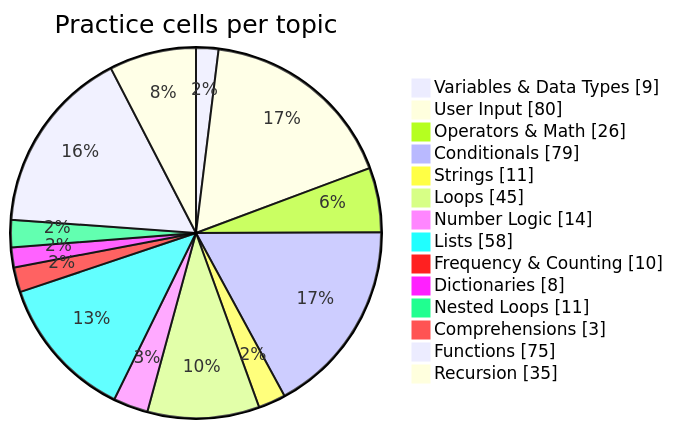
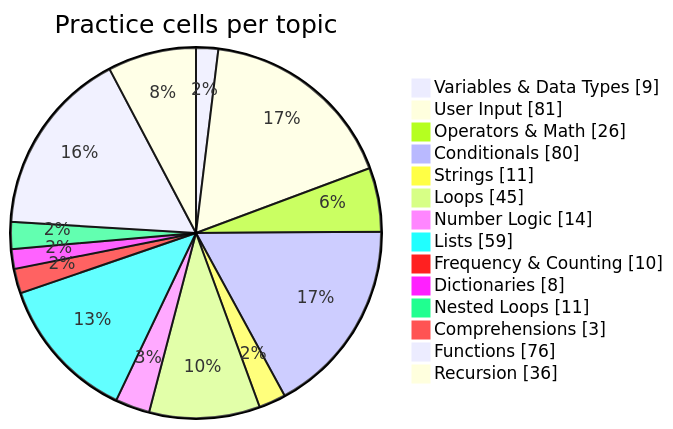
One commit to Phantom2101/Python-Daily-Practice changed the diagram in README.md. Above: the diagram before and after it, drawn with Mermaid. The commit also changed other lines of this file and 3 other files, not shown here.

````diff
--- a/README.md
+++ b/README.md
@@ -126,17 +126,17 @@
 ```mermaid
 pie showData title Practice cells per topic
     "Variables & Data Types" : 9
-    "User Input" : 80
+    "User Input" : 81
     "Operators & Math" : 26
-    "Conditionals" : 79
+    "Conditionals" : 80
     "Strings" : 11
     "Loops" : 45
     "Number Logic" : 14
-    "Lists" : 58
+    "Lists" : 59
     "Frequency & Counting" : 10
     "Dictionaries" : 8
     "Nested Loops" : 11
     "Comprehensions" : 3
-    "Functions" : 75
-    "Recursion" : 35
+    "Functions" : 76
+    "Recursion" : 36
 ```
````
